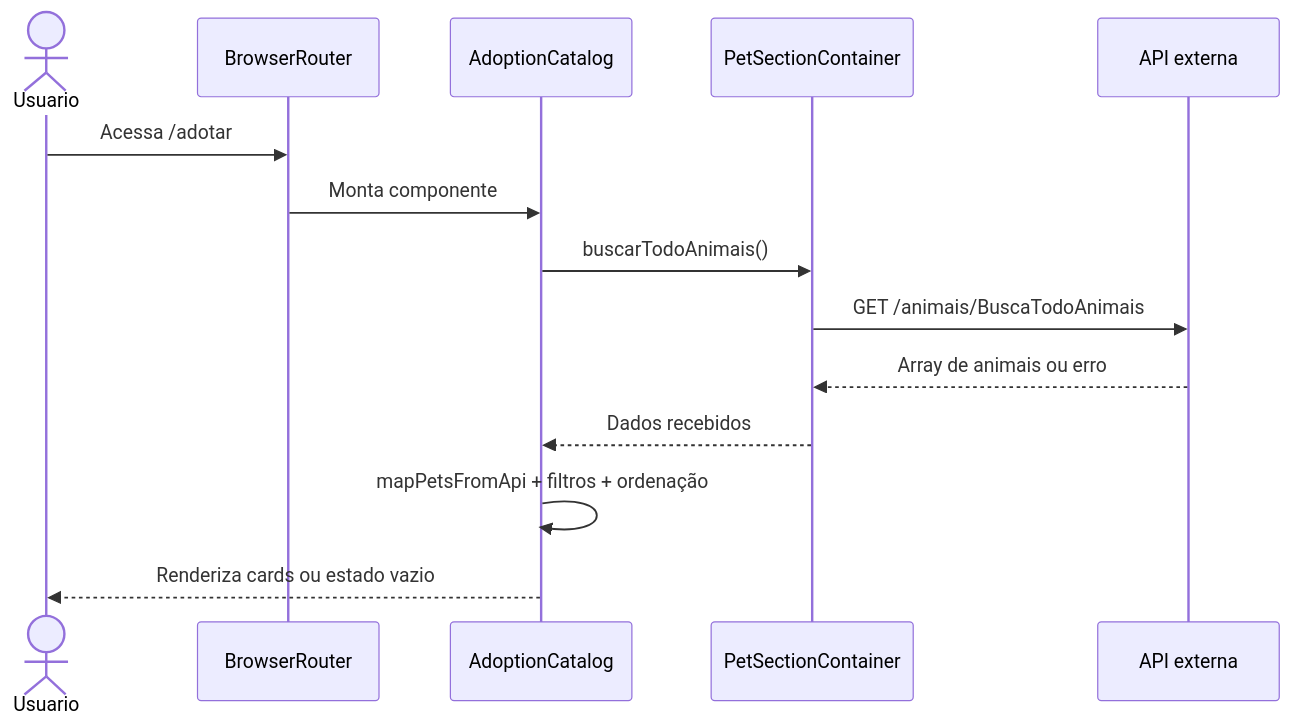
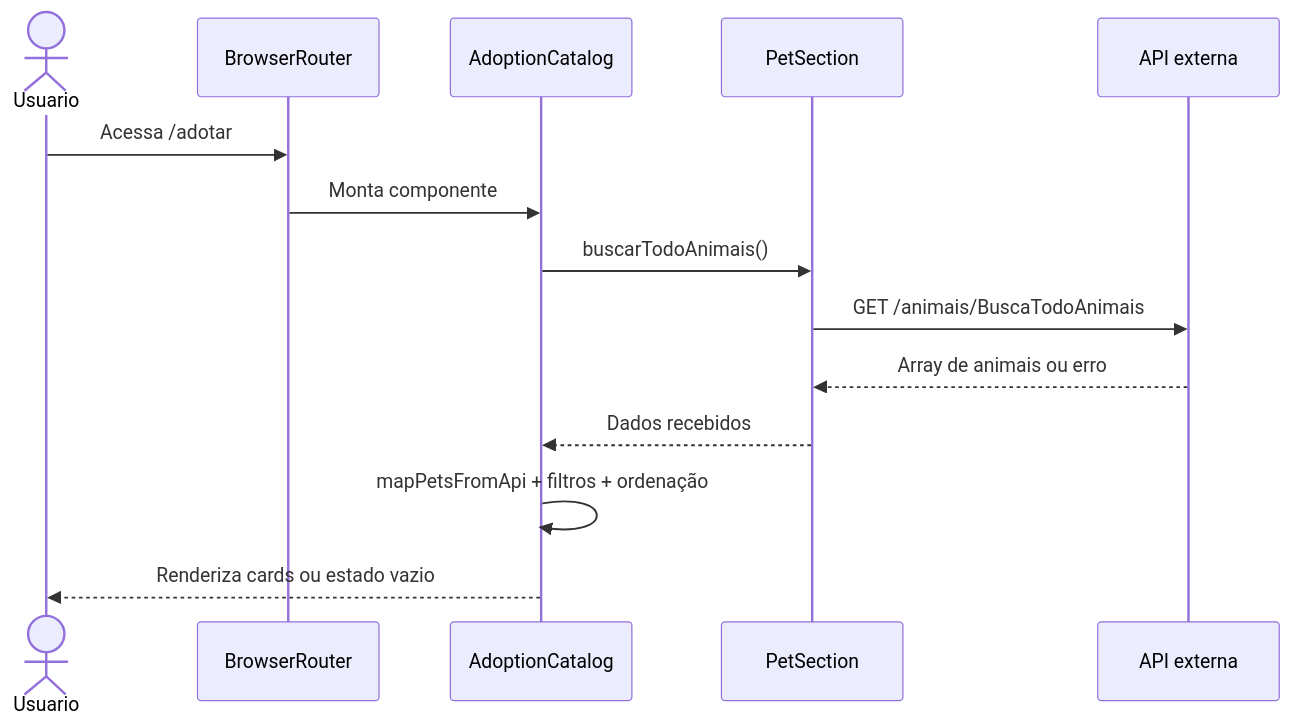
The second of 7 diagrams in README.md (GabrielFagundes18/Patas-em-Casa), drawn with Mermaid before and after one commit. The commit also changed other lines of this file and 3 other files, not shown here.

````diff
--- a/README.md
+++ b/README.md
@@ -241,17 +244,17 @@
 ```mermaid
 sequenceDiagram
     actor Usuario
     participant Router as BrowserRouter
     participant Catalogo as AdoptionCatalog
-    participant Servico as PetSectionContainer
+    participant Servico as PetSection
     participant API as API externa
 
     Usuario->>Router: Acessa /adotar
     Router->>Catalogo: Monta componente
     Catalogo->>Servico: buscarTodoAnimais()
     Servico->>API: GET /animais/BuscaTodoAnimais
     API-->>Servico: Array de animais ou erro
     Servico-->>Catalogo: Dados recebidos
     Catalogo->>Catalogo: mapPetsFromApi + filtros + ordenação
     Catalogo-->>Usuario: Renderiza cards ou estado vazio
 ```
````
